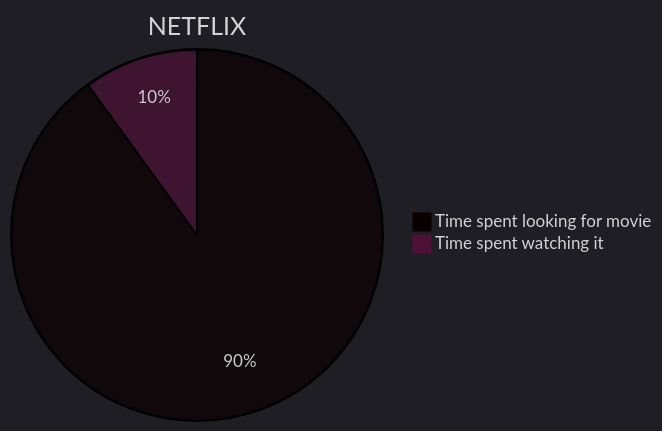
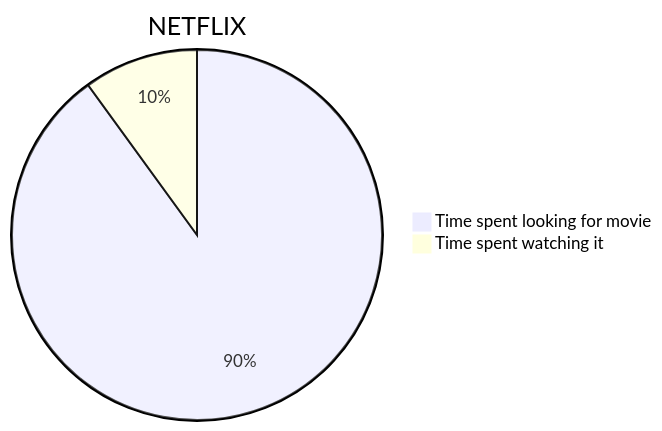
The diagram in merm.md (john-gitbook/mermaid), drawn with Mermaid before and after one commit.

````diff
--- a/merm.md
+++ b/merm.md
@@ -3,6 +3,6 @@
 ```mermaid
-%%{init: {'theme':'dark'}}%%
+%%{init: {'background':'dark'}}%%
 pie title NETFLIX
          "Time spent looking for movie" : 90
          "Time spent watching it" : 10
 ```
````
